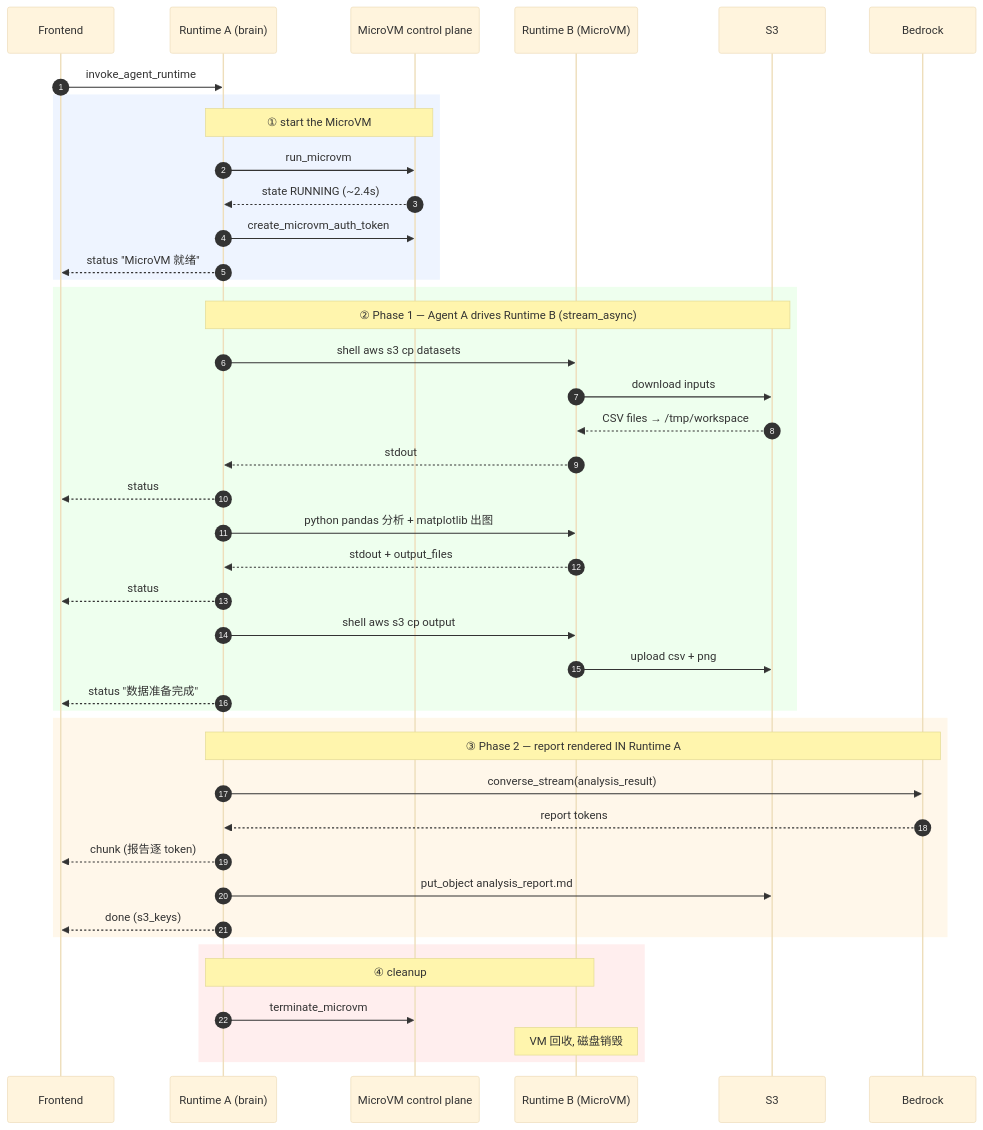
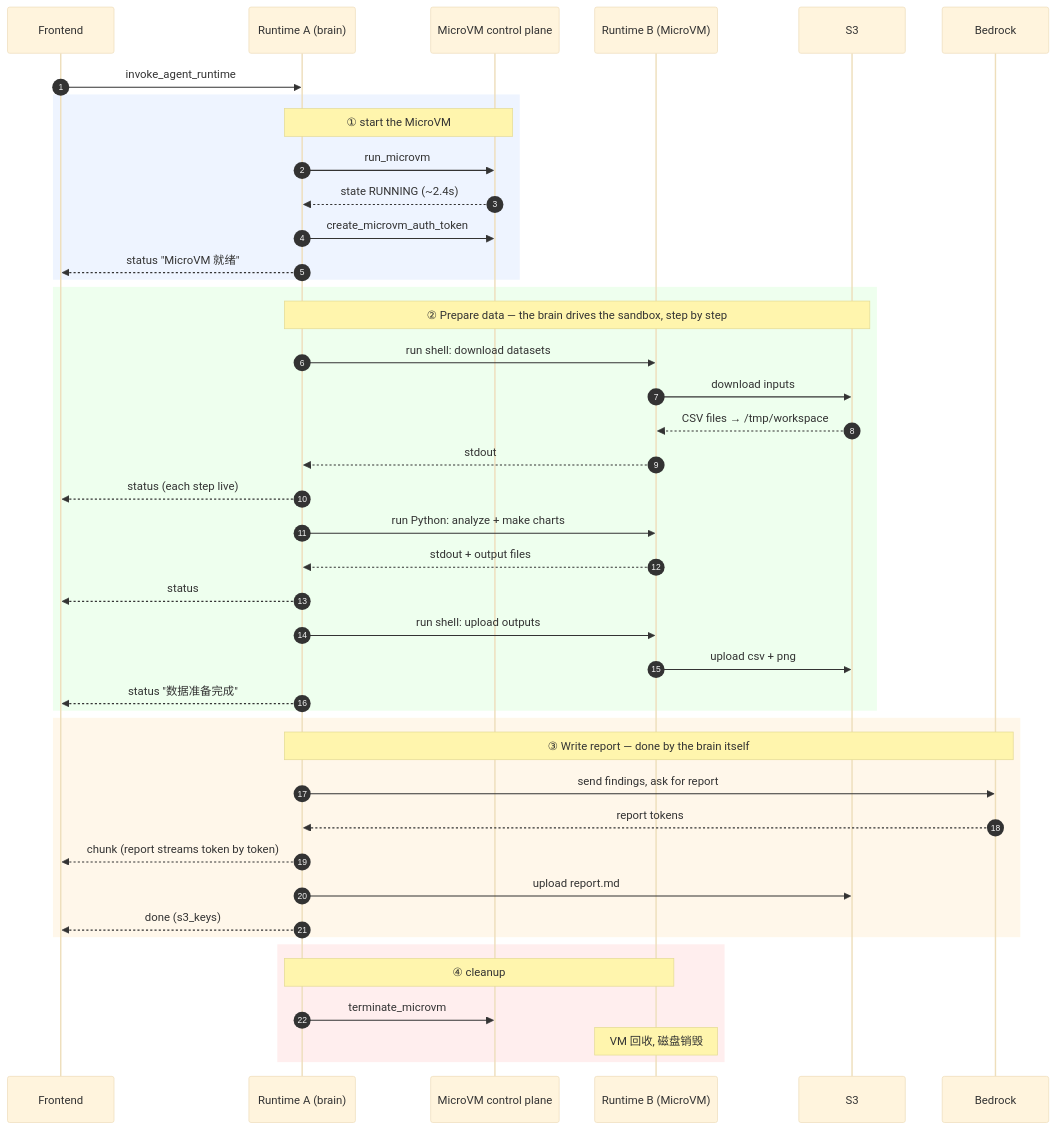
One commit to jansony1/agentcore-runtime-data-persistence-demo changed the second of 3 diagrams in DESIGN_V5.md. Above: the diagram before and after it, drawn with Mermaid (base theme). The commit also changed other lines of this file and 1 other file, not shown here.

First line of the commit message:
Make architecture diagrams readable: describe what each box does, drop jargon

````diff
--- a/DESIGN_V5.md
+++ b/DESIGN_V5.md
@@ -72,50 +74,50 @@
 ```mermaid
 sequenceDiagram
     autonumber
     participant FE as Frontend
     participant A as Runtime A (brain)
     participant CP as MicroVM control plane
     participant B as Runtime B (MicroVM)
     participant S3 as S3
     participant BR as Bedrock
 
     FE->>A: invoke_agent_runtime
 
     rect rgb(238,244,255)
     note over A,CP: ① start the MicroVM
     A->>CP: run_microvm
     CP-->>A: state RUNNING (~2.4s)
     A->>CP: create_microvm_auth_token
     A-->>FE: status "MicroVM 就绪"
     end
 
     rect rgb(238,255,238)
-    note over A,S3: ② Phase 1 — Agent A drives Runtime B (stream_async)
-    A->>B: shell  aws s3 cp datasets
+    note over A,S3: ② Prepare data — the brain drives the sandbox, step by step
+    A->>B: run shell: download datasets
     B->>S3: download inputs
     S3-->>B: CSV files → /tmp/workspace
     B-->>A: stdout
+    A-->>FE: status (each step live)
+    A->>B: run Python: analyze + make charts
+    B-->>A: stdout + output files
     A-->>FE: status
-    A->>B: python  pandas 分析 + matplotlib 出图
-    B-->>A: stdout + output_files
-    A-->>FE: status
-    A->>B: shell  aws s3 cp output
+    A->>B: run shell: upload outputs
     B->>S3: upload csv + png
     A-->>FE: status "数据准备完成"
     end
 
     rect rgb(255,247,234)
-    note over A,BR: ③ Phase 2 — report rendered IN Runtime A
-    A->>BR: converse_stream(analysis_result)
+    note over A,BR: ③ Write report — done by the brain itself
+    A->>BR: send findings, ask for report
     BR-->>A: report tokens
-    A-->>FE: chunk (报告逐 token)
-    A->>S3: put_object analysis_report.md
+    A-->>FE: chunk (report streams token by token)
+    A->>S3: upload report.md
     A-->>FE: done (s3_keys)
     end
 
     rect rgb(255,238,238)
     note over A,B: ④ cleanup
     A->>CP: terminate_microvm
     note over B: VM 回收, 磁盘销毁
     end
 ```
````
